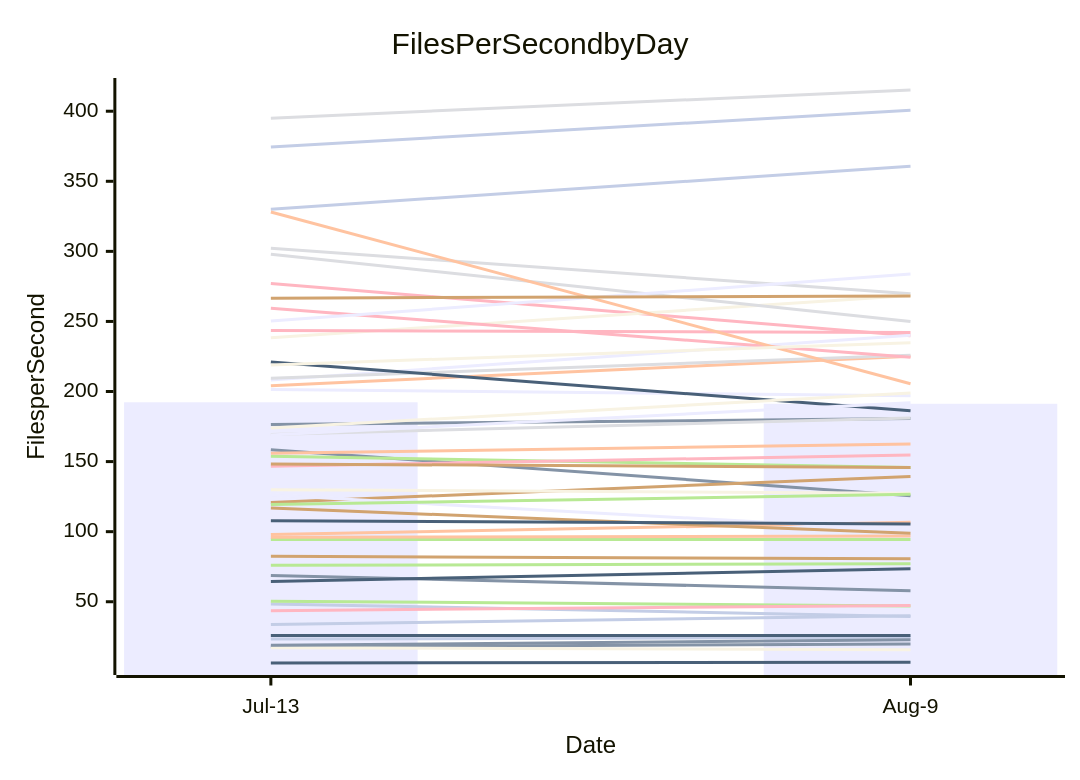
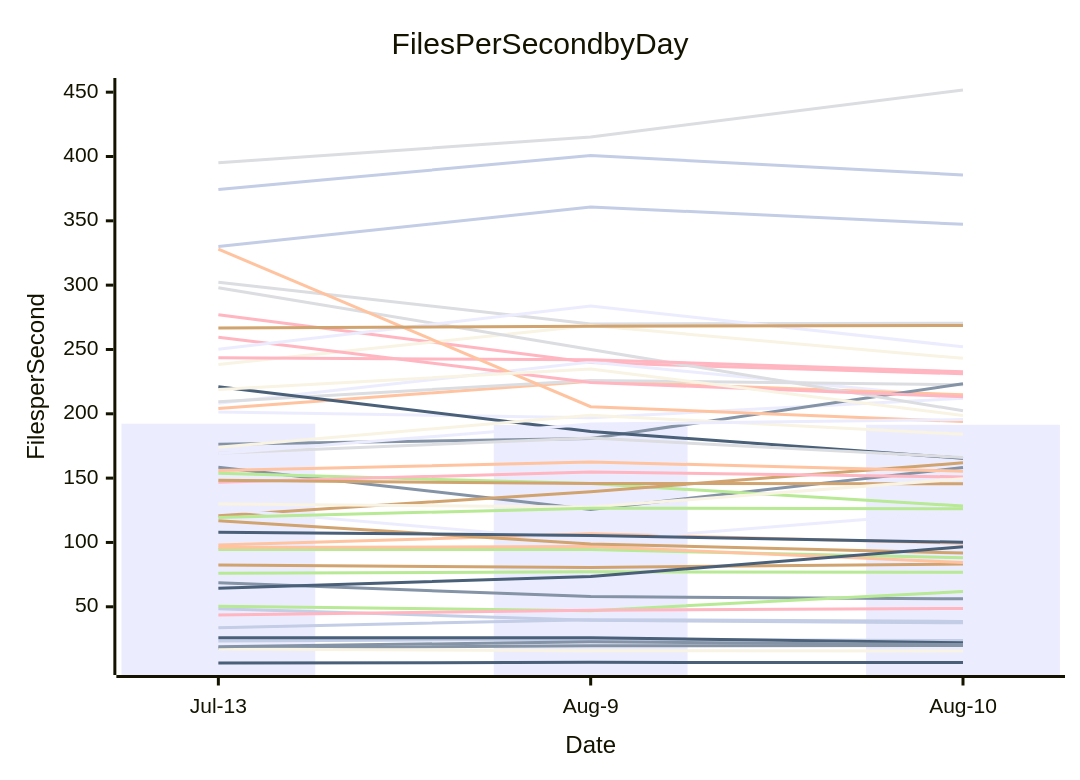
Before and after one commit to streetsidesoftware/cspell: the diagram in perf-report.md, drawn with Mermaid. The commit also changed other lines of this file and 2 other files, not shown here.

````diff
--- a/perf-report.md
+++ b/perf-report.md
@@ -11,57 +11,57 @@
 ```mermaid
 xychart-beta
     title Files Per Second by Day
     y-axis Files per Second
-    x-axis Date [Jul-13, Aug-9]
-    bar [192.31, 191.27]
-    line [17.82, 19.76]
-    line [97.93, 106.66]
-    line [302.24, 269.81]
-    line [94.47, 94.45]
-    line [82.41, 80.61]
-    line [48.47, 39.52]
-    line [277.07, 239.79]
-    line [6.29, 6.78]
-    line [238.39, 268.54]
-    line [208.19, 240.17]
-    line [158.48, 125.68]
-    line [204.20, 225.24]
-    line [209.39, 225.91]
-    line [153.81, 145.75]
-    line [120.84, 139.45]
-    line [23.34, 24.65]
-    line [146.76, 154.75]
-    line [25.88, 25.95]
-    line [17.18, 15.80]
-    line [201.45, 196.97]
-    line [176.39, 180.75]
-    line [96.02, 96.93]
-    line [298.01, 249.96]
-    line [76.00, 77.16]
-    line [148.29, 145.79]
-    line [374.43, 400.74]
-    line [259.46, 224.37]
-    line [221.06, 186.27]
-    line [129.95, 127.47]
-    line [126.09, 101.07]
-    line [68.71, 57.90]
-    line [155.87, 162.48]
-    line [169.41, 181.18]
-    line [50.42, 47.00]
-    line [116.87, 98.84]
-    line [330.04, 360.76]
-    line [243.47, 242.10]
-    line [64.41, 73.60]
-    line [174.01, 198.91]
-    line [250.26, 283.77]
-    line [18.90, 22.84]
-    line [328.06, 205.56]
-    line [395.07, 415.14]
-    line [119.39, 126.64]
-    line [266.63, 268.09]
-    line [33.78, 39.98]
-    line [43.65, 47.26]
-    line [107.84, 105.46]
-    line [218.96, 234.76]
-    line [169.05, 192.03]
+    x-axis Date [Jul-13, Aug-9, Aug-10]
+    bar [192.31, 191.27, 191.48]
+    line [17.82, 19.76, 19.87]
+    line [97.93, 106.66, 99.38]
+    line [302.24, 269.81, 270.47]
+    line [94.47, 94.45, 88.13]
+    line [82.41, 80.61, 83.15]
+    line [48.47, 39.52, 37.52]
+    line [277.07, 239.79, 231.09]
+    line [6.29, 6.78, 6.60]
+    line [238.39, 268.54, 243.09]
+    line [208.19, 240.17, 211.99]
+    line [158.48, 125.68, 158.27]
+    line [204.20, 225.24, 214.74]
+    line [209.39, 225.91, 222.58]
+    line [153.81, 145.75, 128.32]
+    line [120.84, 139.45, 161.93]
+    line [23.34, 24.65, 23.72]
+    line [146.76, 154.75, 150.93]
+    line [25.88, 25.95, 22.03]
+    line [17.18, 15.80, 15.53]
+    line [201.45, 196.97, 211.99]
+    line [176.39, 180.75, 223.35]
+    line [96.02, 96.93, 84.41]
+    line [298.01, 249.96, 202.34]
+    line [76.00, 77.16, 76.75]
+    line [148.29, 145.79, 145.58]
+    line [374.43, 400.74, 385.62]
+    line [259.46, 224.37, 213.27]
+    line [221.06, 186.27, 165.43]
+    line [129.95, 127.47, 149.55]
+    line [126.09, 101.07, 123.80]
+    line [68.71, 57.90, 56.15]
+    line [155.87, 162.48, 155.40]
+    line [169.41, 181.18, 166.12]
+    line [50.42, 47.00, 61.84]
+    line [116.87, 98.84, 91.76]
+    line [330.04, 360.76, 347.31]
+    line [243.47, 242.10, 232.62]
+    line [64.41, 73.60, 96.61]
+    line [174.01, 198.91, 184.05]
+    line [250.26, 283.77, 252.09]
+    line [18.90, 22.84, 20.59]
+    line [328.06, 205.56, 193.98]
+    line [395.07, 415.14, 451.69]
+    line [119.39, 126.64, 126.17]
+    line [266.63, 268.09, 268.70]
+    line [33.78, 39.98, 38.63]
+    line [43.65, 47.26, 48.66]
+    line [107.84, 105.46, 100.11]
+    line [218.96, 234.76, 198.61]
+    line [169.05, 192.03, 195.48]
 ```
````
